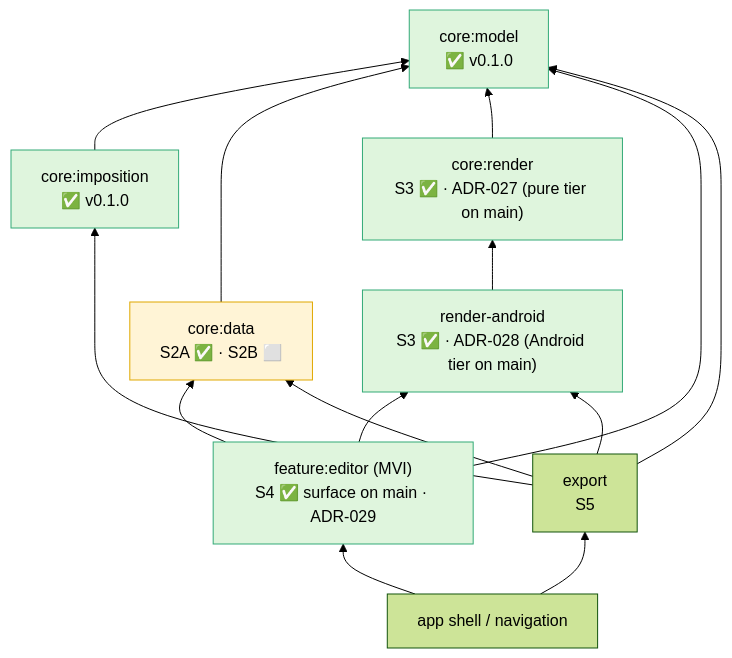
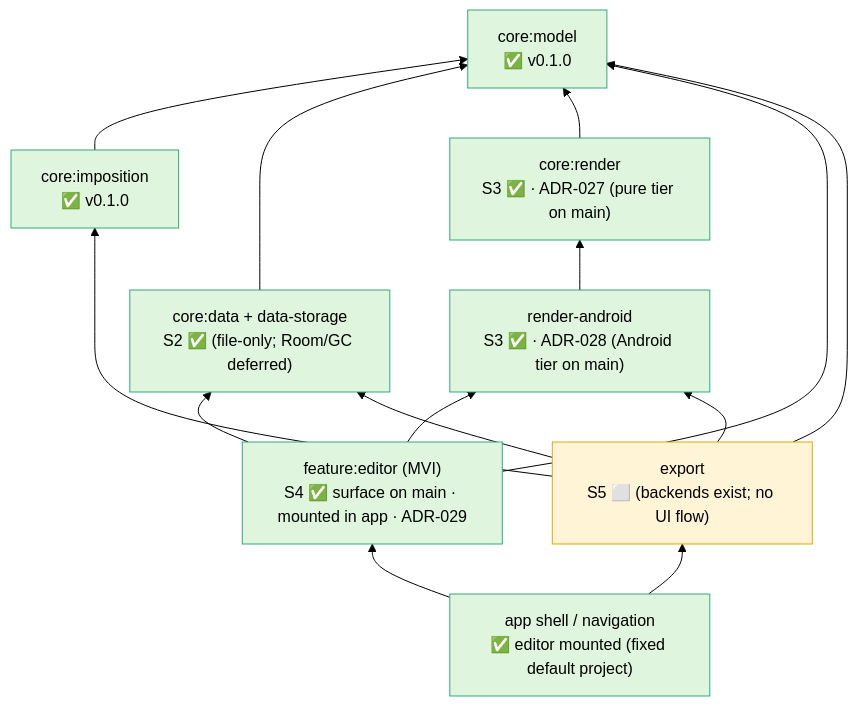
The ninth of 10 diagrams in docs/ARCHITECTURE.md (aritr-codes/zinely-android), drawn with Mermaid (forest theme) before and after one commit. The commit also changed other lines of this file and 38 other files, not shown here.

````diff
--- a/docs/ARCHITECTURE.md
+++ b/docs/ARCHITECTURE.md
@@ -349,30 +353,30 @@
 ```mermaid
 flowchart BT
     model["core:model<br/>✅ v0.1.0"]
     imp["core:imposition<br/>✅ v0.1.0"]
-    data["core:data<br/>S2A ✅ · S2B ⬜"]
+    data["core:data + data-storage<br/>S2 ✅ (file-only; Room/GC deferred)"]
     render["core:render<br/>S3 ✅ · ADR-027 (pure tier on main)"]
     ra["render-android<br/>S3 ✅ · ADR-028 (Android tier on main)"]
-    editor["feature:editor (MVI)<br/>S4 ✅ surface on main · ADR-029"]
-    export["export<br/>S5"]
-    app["app shell / navigation"]
+    editor["feature:editor (MVI)<br/>S4 ✅ surface on main · mounted in app · ADR-029"]
+    export["export<br/>S5 ⬜ (backends exist; no UI flow)"]
+    app["app shell / navigation<br/>✅ editor mounted (fixed default project)"]
 
     imp --> model
     data --> model
     render --> model
     ra --> render
     editor --> model
     editor --> data
     editor --> ra
     export --> model
     export --> imp
     export --> ra
     export --> data
     app --> editor
     app --> export
 
     classDef done fill:#dff5dd,stroke:#3a7;
     classDef next fill:#fff4d6,stroke:#e0a800;
-    class model,imp,render,ra,editor done;
-    class data next;
+    class model,imp,data,render,ra,editor,app done;
+    class export next;
 ```
````
